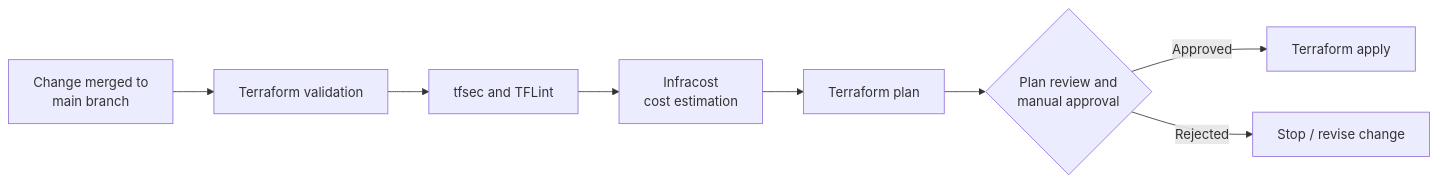
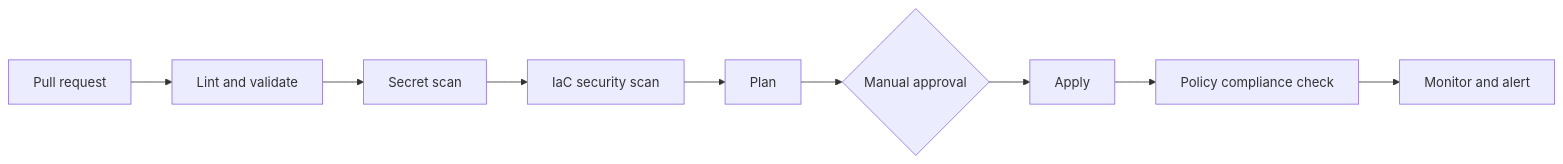
The second of 2 diagrams in README.md (aniket-devop/azure-landing-zone-devsecops), drawn with Mermaid before and after one commit. The commit also changed other lines of this file and 43 other files, not shown here.

````diff
--- a/README.md
+++ b/README.md
@@ -254,10 +92,11 @@
 ```mermaid
 flowchart LR
-    A[Change merged to<br/>main branch] --> B[Terraform validation]
-    B --> C[tfsec and TFLint]
-    C --> D[Infracost<br/>cost estimation]
-    D --> E[Terraform plan]
-    E --> F{Plan review and<br/>manual approval}
-    F -->|Approved| G[Terraform apply]
-    F -->|Rejected| H[Stop / revise change]
+    PR[Pull request] --> L[Lint and validate]
+    L --> S[Secret scan]
+    S --> I[IaC security scan]
+    I --> P[Plan]
+    P --> R{Manual approval}
+    R --> A[Apply]
+    A --> C[Policy compliance check]
+    C --> M[Monitor and alert]
 ```
````
